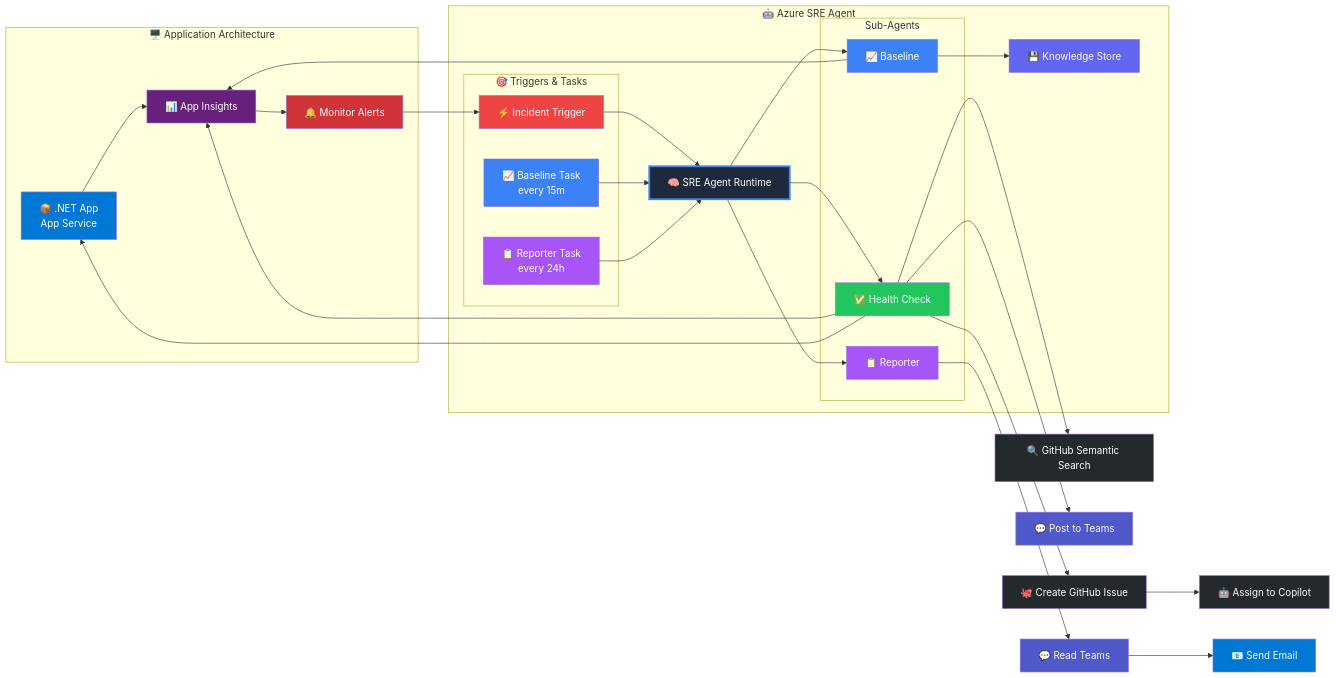
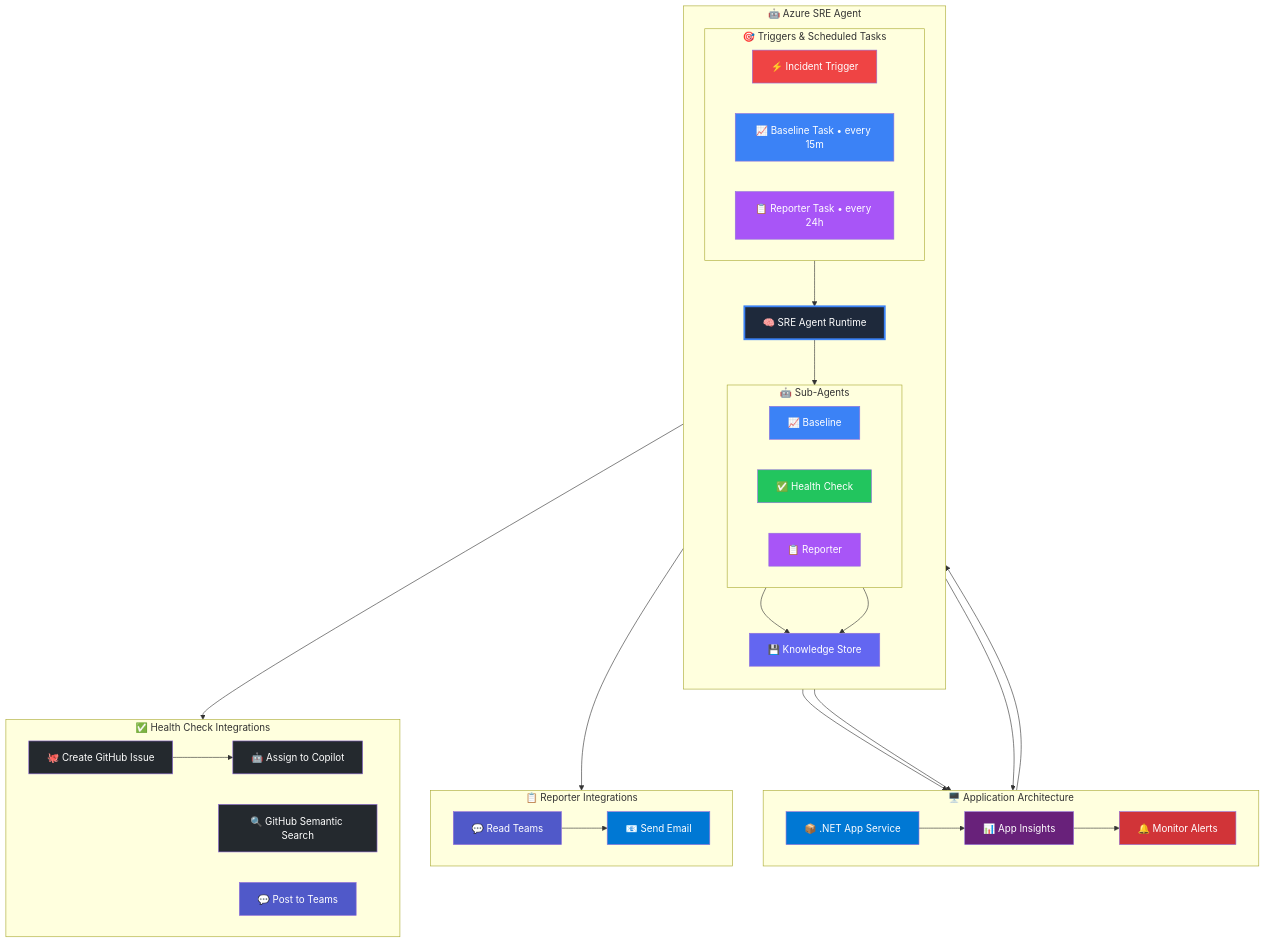
One commit to meetshamir/dotnetday changed the diagram in README.md. Above: the diagram before and after it, drawn with Mermaid.

Commit message:
Redesign: flowchart TB with horizontal rows, Health reads Knowledge

````diff
--- a/README.md
+++ b/README.md
@@ -28,88 +28,75 @@
 ```mermaid
-graph LR
-    %% ===== APPLICATION ARCHITECTURE (Left) =====
+flowchart TB
+    %% ===== ROW 1: APPLICATION =====
     subgraph AppArch["🖥️ Application Architecture"]
-        APP["📦 .NET App<br/>App Service"]
-        INSIGHTS["📊 App Insights"]
-        ALERTS["🔔 Monitor Alerts"]
-        APP --> INSIGHTS
-        INSIGHTS --> ALERTS
+        direction LR
+        APP["📦 .NET App Service"] --> INSIGHTS["📊 App Insights"] --> ALERTS["🔔 Monitor Alerts"]
     end
 
-    %% ===== AZURE SRE AGENT (Center) =====
+    %% ===== ROW 2: SRE AGENT =====
     subgraph SREAgent["🤖 Azure SRE Agent"]
-        subgraph Triggers["🎯 Triggers & Tasks"]
+        direction TB
+        
+        subgraph Triggers["🎯 Triggers & Scheduled Tasks"]
+            direction LR
             INCIDENT["⚡ Incident Trigger"]
-            SCHED_BASELINE["📈 Baseline Task<br/>every 15m"]
-            SCHED_REPORTER["📋 Reporter Task<br/>every 24h"]
+            SCHED_BASELINE["📈 Baseline Task • every 15m"]
+            SCHED_REPORTER["📋 Reporter Task • every 24h"]
         end
-
+        
         RUNTIME["🧠 SRE Agent Runtime"]
-
-        subgraph SubAgents["Sub-Agents"]
+        
+        subgraph SubAgents["🤖 Sub-Agents"]
+            direction LR
+            BASELINE["📈 Baseline"]
             HEALTH["✅ Health Check"]
-            BASELINE["📈 Baseline"]
             REPORTER["📋 Reporter"]
         end
-
+        
         KNOWLEDGE["💾 Knowledge Store"]
+        
+        Triggers --> RUNTIME --> SubAgents
+        BASELINE --> KNOWLEDGE
+        HEALTH --> KNOWLEDGE
     end
 
-    %% ===== EXTERNAL INTEGRATIONS (Right) - No subgraphs to avoid crossing =====
-    GITHUB["🐙 Create GitHub Issue"]
-    COPILOT["🤖 Assign to Copilot"]
-    GHSEARCH["🔍 GitHub Semantic Search"]
-    TEAMS_POST["💬 Post to Teams"]
-    TEAMS_READ["💬 Read Teams"]
-    OUTLOOK["📧 Send Email"]
+    %% ===== ROW 3: HEALTH CHECK INTEGRATIONS =====
+    subgraph HealthInt["✅ Health Check Integrations"]
+        direction LR
+        GITHUB["🐙 Create GitHub Issue"] --> COPILOT["🤖 Assign to Copilot"]
+        GHSEARCH["🔍 GitHub Semantic Search"]
+        TEAMS_POST["💬 Post to Teams"]
+    end
 
-    %% ===== INTERNAL AGENT FLOWS =====
-    INCIDENT --> RUNTIME
-    SCHED_BASELINE --> RUNTIME
-    SCHED_REPORTER --> RUNTIME
-    RUNTIME --> HEALTH
-    RUNTIME --> BASELINE
-    RUNTIME --> REPORTER
-    BASELINE --> KNOWLEDGE
+    %% ===== ROW 4: REPORTER INTEGRATIONS =====
+    subgraph ReportInt["📋 Reporter Integrations"]
+        direction LR
+        TEAMS_READ["💬 Read Teams"] --> OUTLOOK["📧 Send Email"]
+    end
 
-    %% ===== APP ARCHITECTURE TO AGENT =====
+    %% ===== CONNECTIONS =====
     ALERTS --> INCIDENT
-    
-    %% ===== HEALTH CHECK FLOWS (horizontal) =====
+    BASELINE --> INSIGHTS
     HEALTH --> INSIGHTS
     HEALTH --> APP
-    HEALTH --> GITHUB --> COPILOT
-    HEALTH --> GHSEARCH
-    HEALTH --> TEAMS_POST
+    HEALTH --> HealthInt
+    REPORTER --> ReportInt
 
-    %% ===== BASELINE FLOWS =====
-    BASELINE --> INSIGHTS
-
-    %% ===== REPORTER FLOWS (horizontal) =====
-    REPORTER --> TEAMS_READ --> OUTLOOK
-
-    %% ===== STYLING - Brand Colors =====
+    %% ===== STYLING =====
     style RUNTIME fill:#1e293b,color:#fff,stroke:#3b82f6,stroke-width:3px
-    
     style INCIDENT fill:#ef4444,color:#fff
     style SCHED_BASELINE fill:#3b82f6,color:#fff
     style SCHED_REPORTER fill:#a855f7,color:#fff
-    
     style HEALTH fill:#22c55e,color:#fff
     style BASELINE fill:#3b82f6,color:#fff
     style REPORTER fill:#a855f7,color:#fff
-    
     style KNOWLEDGE fill:#6366f1,color:#fff
-    
     style GITHUB fill:#24292e,color:#fff
     style GHSEARCH fill:#24292e,color:#fff
     style COPILOT fill:#24292e,color:#fff
-    
     style TEAMS_POST fill:#5059c9,color:#fff
     style TEAMS_READ fill:#5059c9,color:#fff
-    
     style OUTLOOK fill:#0078d4,color:#fff
-    
     style APP fill:#0078d4,color:#fff
     style INSIGHTS fill:#68217a,color:#fff
     style ALERTS fill:#d13438,color:#fff
````
